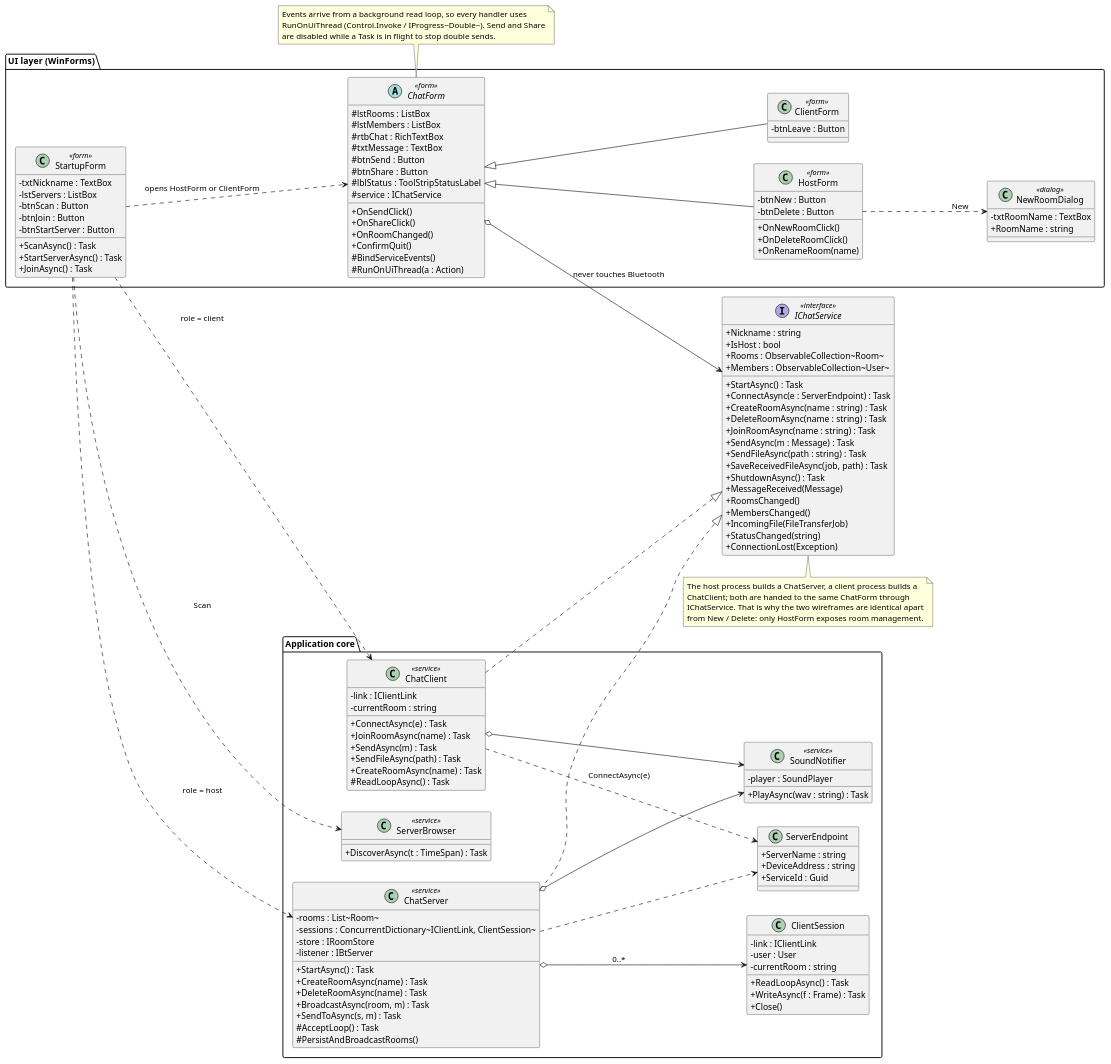
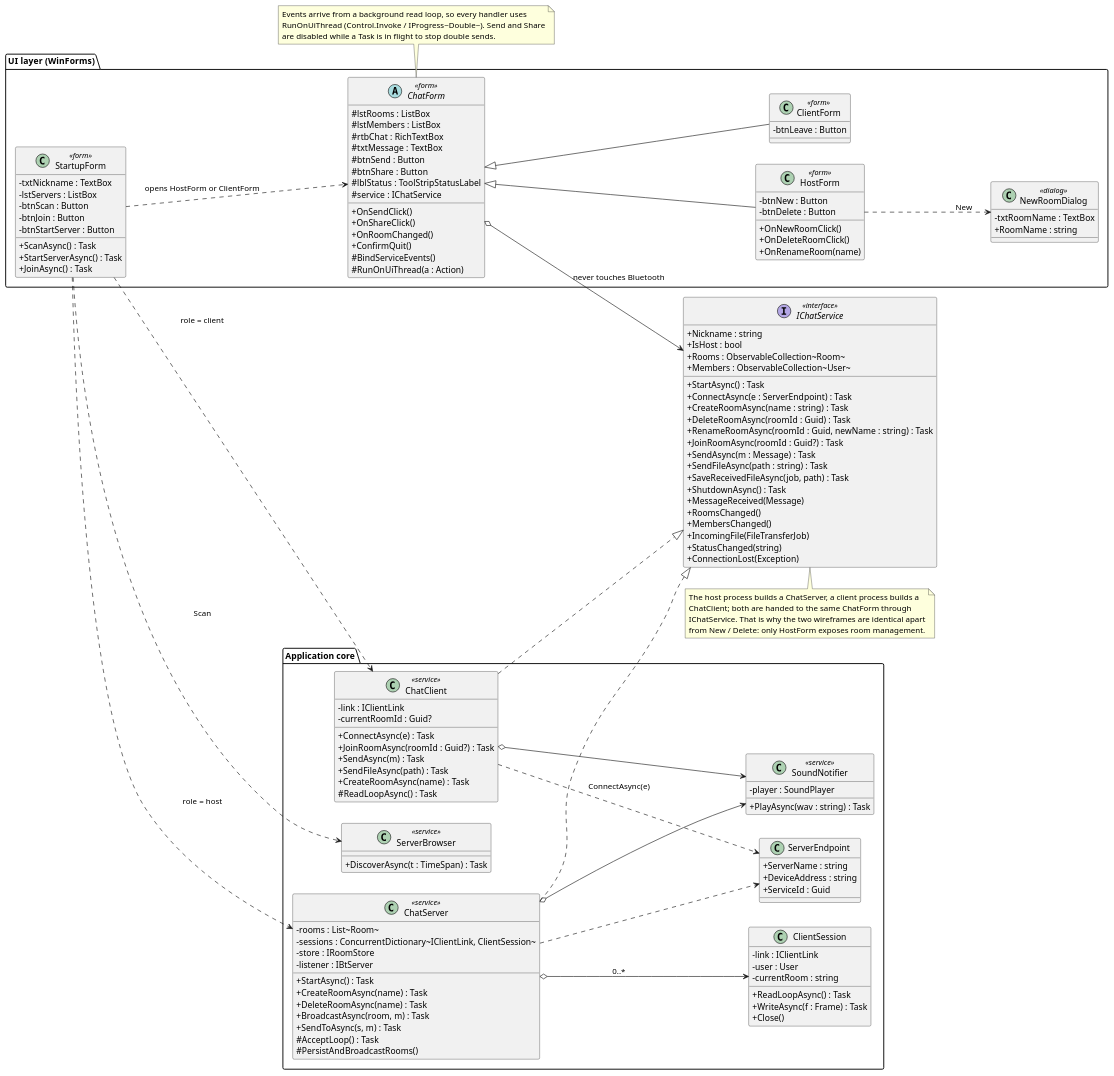
One commit to fiefdx/Lantern changed the diagram in docs/umls/02-class-ui-and-services.puml. Above: the diagram before and after it, drawn with PlantUML. The commit also changed 47 other files, not shown here.

First line of the commit message:
fix(rooms): a room is what it is, not what it is called

```diff
--- a/docs/umls/02-class-ui-and-services.puml
+++ b/docs/umls/02-class-ui-and-services.puml
@@ -1,159 +1,162 @@
 @startuml
 ' Lantern - Class design, part 1 of 2: WinForms UI + the chat-service abstraction
 ' (why one base form serves both the host and the client window)
 skinparam classAttributeIconSize 0
 left to right direction
 
 package "UI layer  (WinForms)" {
   class StartupForm <<form>> {
     - txtNickname : TextBox
     - lstServers : ListBox
     - btnScan : Button
     - btnJoin : Button
     - btnStartServer : Button
     + ScanAsync() : Task
     + StartServerAsync() : Task
     + JoinAsync() : Task
   }
 
   abstract class ChatForm <<form>> {
     # lstRooms : ListBox
     # lstMembers : ListBox
     # rtbChat : RichTextBox
     # txtMessage : TextBox
     # btnSend : Button
     # btnShare : Button
     # lblStatus : ToolStripStatusLabel
     # service : IChatService
     + OnSendClick()
     + OnShareClick()
     + OnRoomChanged()
     + ConfirmQuit()
     # BindServiceEvents()
     # RunOnUiThread(a : Action)
   }
 
   class HostForm <<form>> {
     - btnNew : Button
     - btnDelete : Button
     + OnNewRoomClick()
     + OnDeleteRoomClick()
     + OnRenameRoom(name)
   }
 
   class ClientForm <<form>> {
     - btnLeave : Button
   }
 
   class NewRoomDialog <<dialog>> {
     - txtRoomName : TextBox
     + RoomName : string
   }
 }
 
 interface IChatService <<interface>> {
   + Nickname : string
   + IsHost : bool
   + Rooms : ObservableCollection~Room~
   + Members : ObservableCollection~User~
   + StartAsync() : Task
   + ConnectAsync(e : ServerEndpoint) : Task
   + CreateRoomAsync(name : string) : Task
-  + DeleteRoomAsync(name : string) : Task
-  + JoinRoomAsync(name : string) : Task
+  ' a room is acted on by its identity: the name is what it is called,
+  ' and the host may be changing that (v1.0.2, docs/notes/room-identity.md)
+  + DeleteRoomAsync(roomId : Guid) : Task
+  + RenameRoomAsync(roomId : Guid, newName : string) : Task
+  + JoinRoomAsync(roomId : Guid?) : Task
   + SendAsync(m : Message) : Task
   + SendFileAsync(path : string) : Task
   + SaveReceivedFileAsync(job, path) : Task
   + ShutdownAsync() : Task
   + MessageReceived(Message)
   + RoomsChanged()
   + MembersChanged()
   + IncomingFile(FileTransferJob)
   + StatusChanged(string)
   + ConnectionLost(Exception)
 }
 
 package "Application core" {
   class ChatServer <<service>> {
     - rooms : List~Room~
     - sessions : ConcurrentDictionary~IClientLink, ClientSession~
     - store : IRoomStore
     - listener : IBtServer
     + StartAsync() : Task
     + CreateRoomAsync(name) : Task
     + DeleteRoomAsync(name) : Task
     + BroadcastAsync(room, m) : Task
     + SendToAsync(s, m) : Task
     # AcceptLoop() : Task
     # PersistAndBroadcastRooms()
   }
 
   class ChatClient <<service>> {
     - link : IClientLink
-    - currentRoom : string
+    - currentRoomId : Guid?
     + ConnectAsync(e) : Task
-    + JoinRoomAsync(name) : Task
+    + JoinRoomAsync(roomId : Guid?) : Task
     + SendAsync(m) : Task
     + SendFileAsync(path) : Task
     + CreateRoomAsync(name) : Task
     ' rejected: only the host may edit rooms
     # ReadLoopAsync() : Task
   }
 
   class ClientSession {
     - link : IClientLink
     - user : User
     - currentRoom : string
     + ReadLoopAsync() : Task
     + WriteAsync(f : Frame) : Task
     + Close()
   }
 
   class ServerBrowser <<service>> {
     + DiscoverAsync(t : TimeSpan) : Task
     ' returns List~ServerEndpoint~
   }
 
   class ServerEndpoint {
     + ServerName : string
     + DeviceAddress : string
     + ServiceId : Guid
   }
 
   class SoundNotifier <<service>> {
     - player : SoundPlayer
     + PlayAsync(wav : string) : Task
   }
 }
 
 ChatForm <|-- HostForm
 ChatForm <|-- ClientForm
 StartupForm ..> ChatForm : opens HostForm or ClientForm
 StartupForm ..> ChatServer : role = host
 StartupForm ..> ChatClient : role = client
 StartupForm ..> ServerBrowser : "Scan"
 HostForm ..> NewRoomDialog : "New"
 ChatForm o--> IChatService : never touches Bluetooth
 
 ChatServer ..|> IChatService
 ChatClient ..|> IChatService
 ChatServer o--> ClientSession : 0..*
 ChatServer ..> ServerEndpoint
 ChatClient ..> ServerEndpoint : ConnectAsync(e)
 ChatServer o--> SoundNotifier
 ChatClient o--> SoundNotifier
 
 note bottom of IChatService
   The host process builds a ChatServer, a client process builds a
   ChatClient; both are handed to the same ChatForm through
   IChatService. That is why the two wireframes are identical apart
   from New / Delete: only HostForm exposes room management.
 end note
 
 note top of ChatForm
   Events arrive from a background read loop, so every handler uses
   RunOnUiThread (Control.Invoke / IProgress~Double~). Send and Share
   are disabled while a Task is in flight to stop double sends.
 end note
 
 @enduml
```
